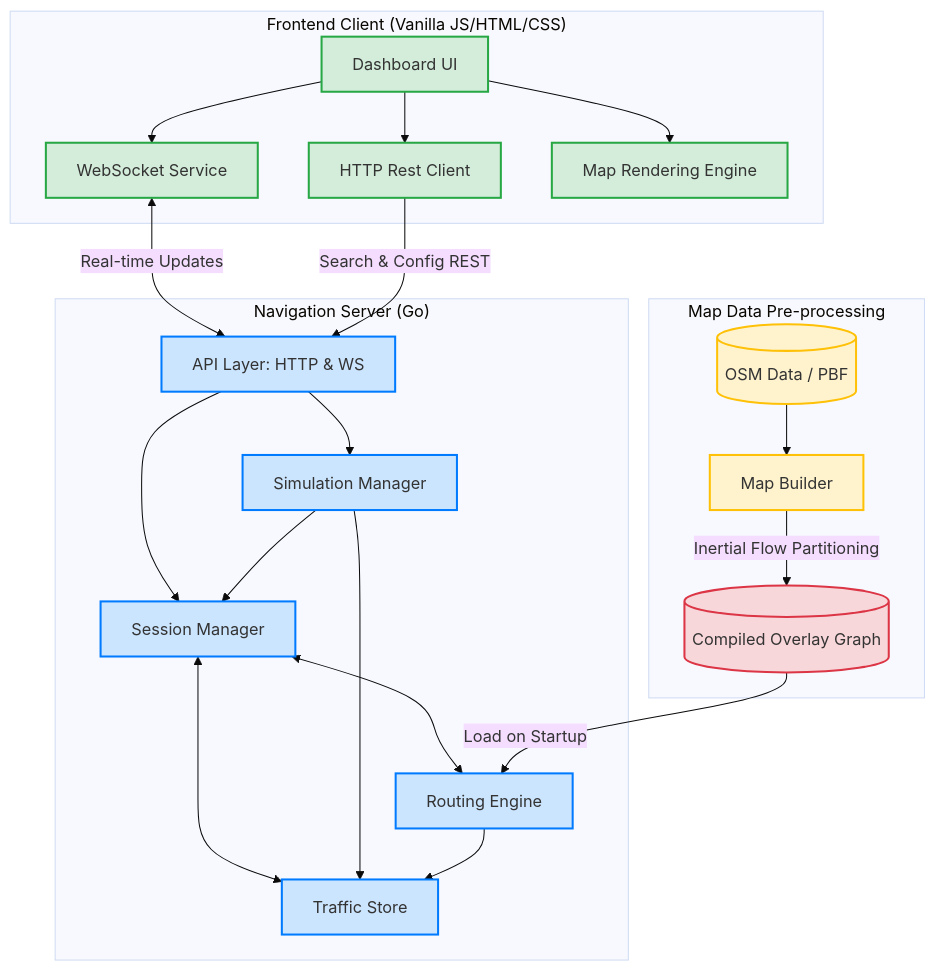
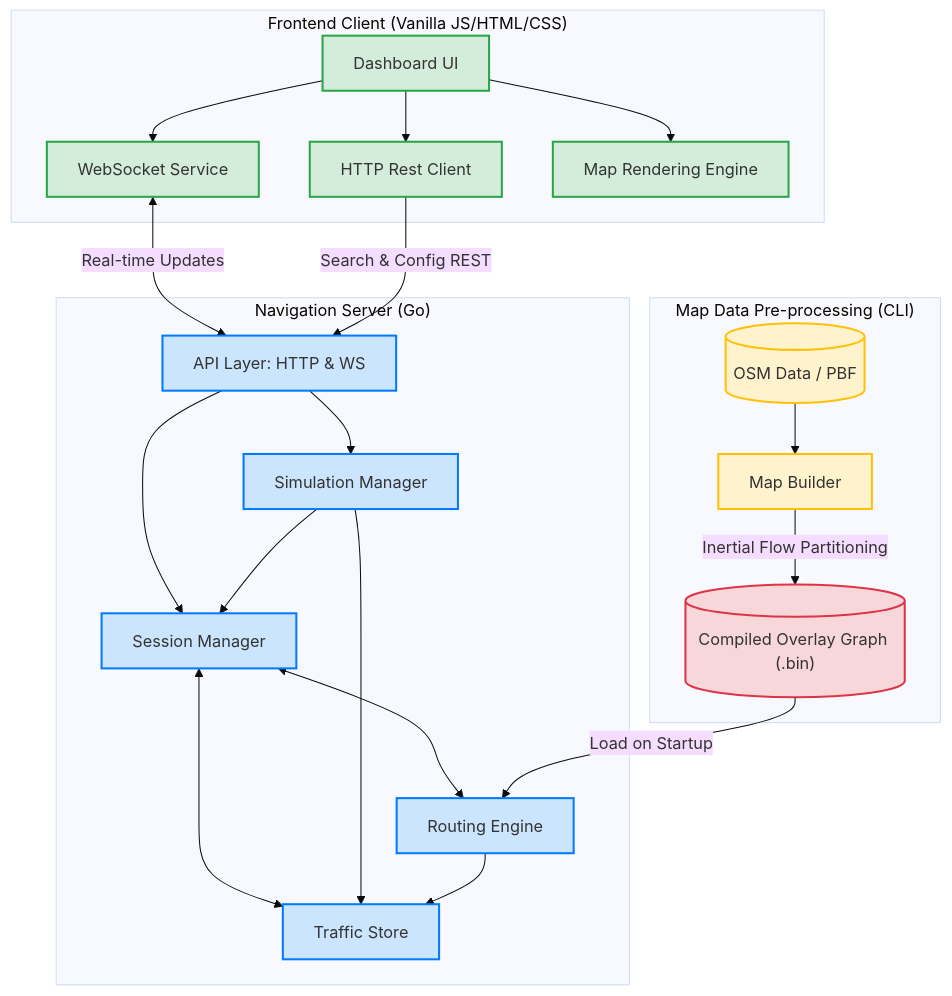
One commit to Eitan634180/Parallel-Waze-System-Project changed the first of 3 diagrams in README.md. Above: the diagram before and after it, drawn with Mermaid (base theme). The commit also changed other lines of this file, not shown here.

````diff
--- a/README.md
+++ b/README.md
@@ -9,56 +28,51 @@
 ```mermaid
 graph TD
-    %% Define styles
     classDef client fill:#d4edda,stroke:#28a745,stroke-width:2px;
     classDef server fill:#cce5ff,stroke:#007bff,stroke-width:2px;
     classDef preproc fill:#fff3cd,stroke:#ffc107,stroke-width:2px;
     classDef db fill:#f8d7da,stroke:#dc3545,stroke-width:2px;
 
     subgraph "Frontend Client (Vanilla JS/HTML/CSS)"
         UI["Dashboard UI"]
         WS_Service["WebSocket Service"]
         HTTP_Service["HTTP Rest Client"]
         MapRender["Map Rendering Engine"]
     end
 
     subgraph "Navigation Server (Go)"
         API["API Layer: HTTP & WS"]
         SessionMgr["Session Manager"]
         Routing["Routing Engine"]
         Traffic["Traffic Store"]
         Sim["Simulation Manager"]
     end
 
-    subgraph "Map Data Pre-processing"
+    subgraph "Map Data Pre-processing (CLI)"
         OSM[("OSM Data / PBF")]
         Builder["Map Builder"]
-        GraphDB[("Compiled Overlay Graph")]
+        GraphDB[("Compiled Overlay Graph (.bin)")]
     end
 
-    %% Client communicating to Server
     UI --> WS_Service
     UI --> HTTP_Service
     UI --> MapRender
     WS_Service <-->|Real-time Updates| API
     HTTP_Service -->|Search & Config REST| API
 
-    %% Server Internals
     API --> SessionMgr
     API --> Sim
     SessionMgr <--> Routing
     SessionMgr <--> Traffic
     Sim --> Traffic
     Sim --> SessionMgr
     Routing --> Traffic
 
-    %% Pre-processing
     OSM --> Builder
     Builder -->|Inertial Flow Partitioning| GraphDB
     GraphDB -->|Load on Startup| Routing
 
-    %% Apply Classes
     class UI,WS_Service,HTTP_Service,MapRender client;
     class API,SessionMgr,Routing,Traffic,Sim server;
     class OSM,Builder preproc;
     class GraphDB db;
 ```
````
